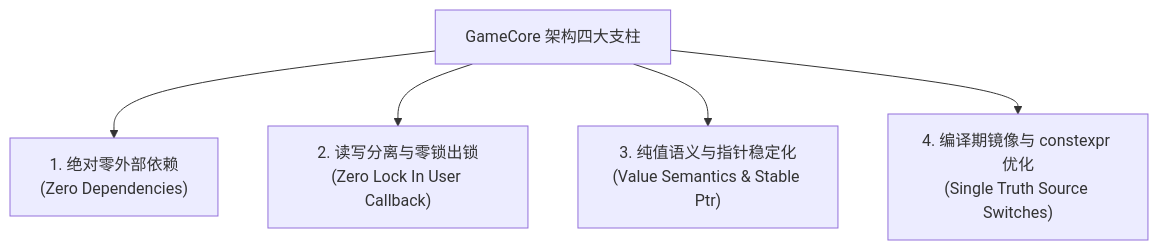
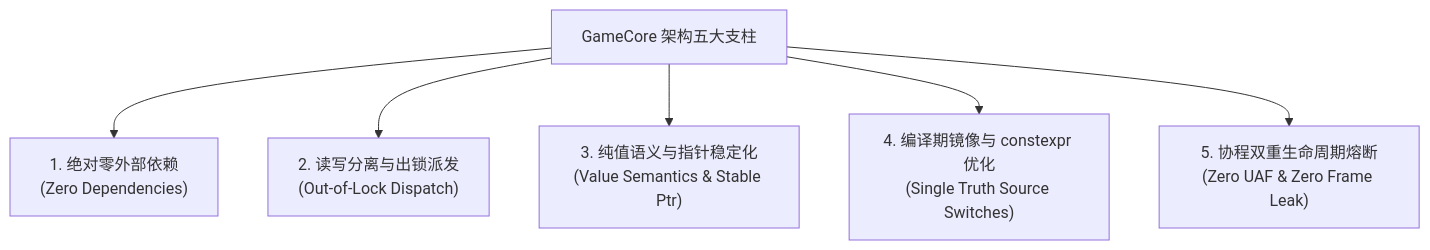
The first of 2 diagrams in Plugins/GameCore/Docs/Architecture/Overview.md (YIice-cwj/ue5-toolkit), drawn with Mermaid before and after one commit. The commit also changed other lines of this file and 122 other files, not shown here.

First line of the commit message:
feat(GameCore): 演进基础设施体系至 v3.0.0 并补强异步协程与核心工具矩阵

````diff
--- a/Plugins/GameCore/Docs/Architecture/Overview.md
+++ b/Plugins/GameCore/Docs/Architecture/Overview.md
@@ -7,13 +7,15 @@
 ```mermaid
 flowchart TD
-    G0["GameCore 架构四大支柱"]
+    G0["GameCore 架构五大支柱"]
     G1["1. 绝对零外部依赖<br>(Zero Dependencies)"]
-    G2["2. 读写分离与零锁出锁<br>(Zero Lock In User Callback)"]
+    G2["2. 读写分离与出锁派发<br>(Out-of-Lock Dispatch)"]
     G3["3. 纯值语义与指针稳定化<br>(Value Semantics & Stable Ptr)"]
     G4["4. 编译期镜像与 constexpr 优化<br>(Single Truth Source Switches)"]
+    G5["5. 协程双重生命周期熔断<br>(Zero UAF & Zero Frame Leak)"]
 
     G0 --> G1
     G0 --> G2
     G0 --> G3
     G0 --> G4
+    G0 --> G5
 ```
````
